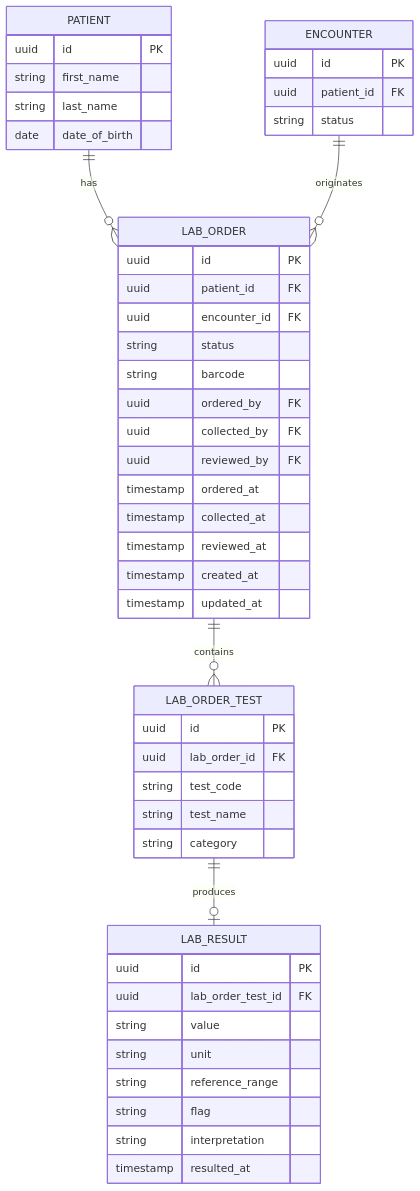
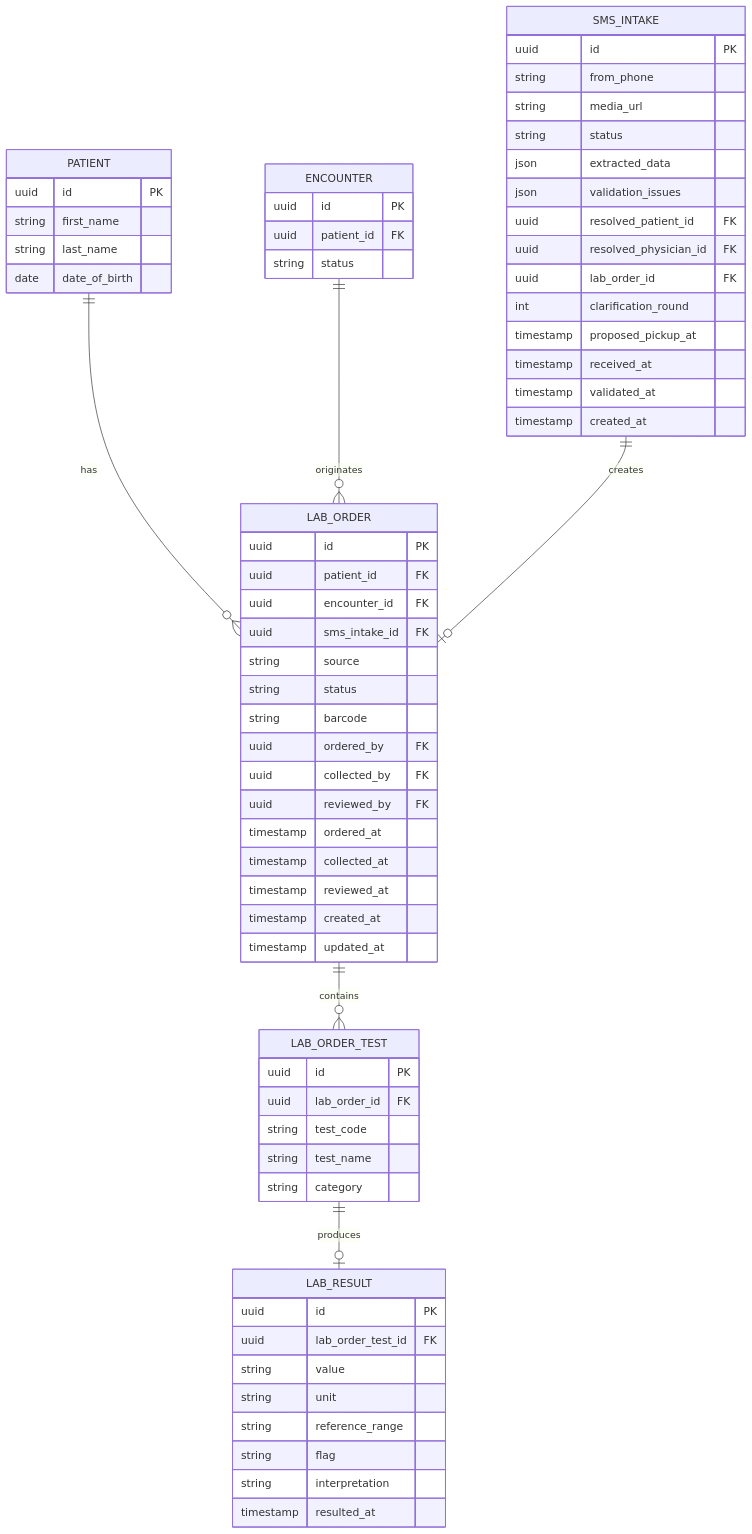
The eighth of 8 diagrams in docs/features/lab-specimen-management.md (utexas-demo/demo), drawn with Mermaid before and after one commit. The commit also changed other lines of this file, not shown here.

First line of the commit message:
Add SMS photo lab order intake workflow with AI OCR validation

````diff
--- a/docs/features/lab-specimen-management.md
+++ b/docs/features/lab-specimen-management.md
@@ -304,55 +476,75 @@
 ```mermaid
 erDiagram
     PATIENT ||--o{ LAB_ORDER : "has"
     ENCOUNTER ||--o{ LAB_ORDER : "originates"
     LAB_ORDER ||--o{ LAB_ORDER_TEST : "contains"
     LAB_ORDER_TEST ||--o| LAB_RESULT : "produces"
+    SMS_INTAKE ||--o| LAB_ORDER : "creates"
 
     PATIENT {
         uuid id PK
         string first_name
         string last_name
         date date_of_birth
     }
 
     ENCOUNTER {
         uuid id PK
         uuid patient_id FK
         string status
     }
 
+    SMS_INTAKE {
+        uuid id PK
+        string from_phone
+        string media_url
+        string status
+        json extracted_data
+        json validation_issues
+        uuid resolved_patient_id FK
+        uuid resolved_physician_id FK
+        uuid lab_order_id FK
+        int clarification_round
+        timestamp proposed_pickup_at
+        timestamp received_at
+        timestamp validated_at
+        timestamp created_at
+    }
+
     LAB_ORDER {
         uuid id PK
         uuid patient_id FK
         uuid encounter_id FK
+        uuid sms_intake_id FK
+        string source
         string status
         string barcode
         uuid ordered_by FK
         uuid collected_by FK
         uuid reviewed_by FK
         timestamp ordered_at
         timestamp collected_at
         timestamp reviewed_at
         timestamp created_at
         timestamp updated_at
     }
 
     LAB_ORDER_TEST {
         uuid id PK
         uuid lab_order_id FK
         string test_code
         string test_name
         string category
     }
 
     LAB_RESULT {
         uuid id PK
         uuid lab_order_test_id FK
         string value
         string unit
         string reference_range
         string flag
         string interpretation
         timestamp resulted_at
     }
 ```
````
